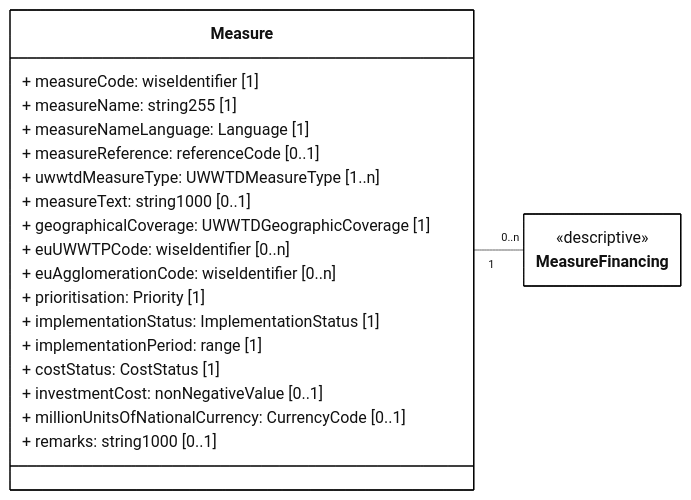
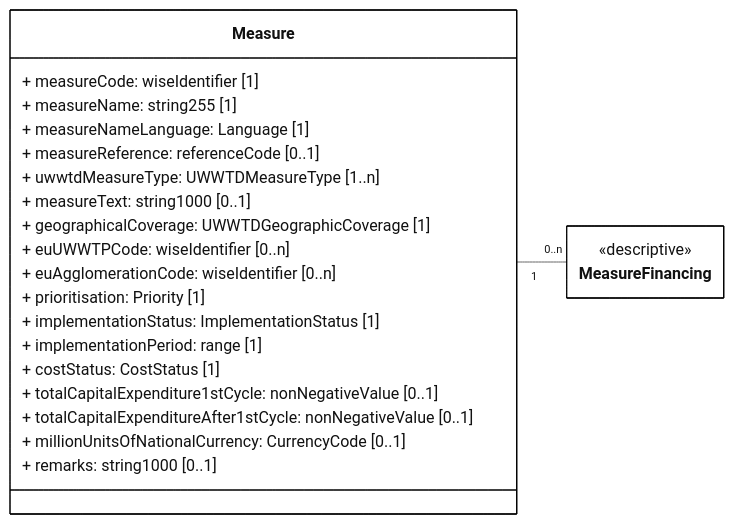
The diagram in docs/rUWWTD2024/Article23/mmd/Article23_Measure_ClassDiagram.mmd (eeadata/WISE.UWWTD.Documentation), drawn with Mermaid before and after one commit. The commit also changed 12 other files, not shown here.

First line of the commit message:
Report capital expenditure per cycle, aligned with the WFD

```diff
--- a/docs/rUWWTD2024/Article23/mmd/Article23_Measure_ClassDiagram.mmd
+++ b/docs/rUWWTD2024/Article23/mmd/Article23_Measure_ClassDiagram.mmd
@@ -1,36 +1,37 @@
 ---
 config:
   class:
     hideEmptyMembersBox: true
   layout: dagre
   theme: neutral
 ---
 classDiagram
 direction LR
 
 class Measure{
     + measureCode: wiseIdentifier [1]
     + measureName: string255 [1]
     + measureNameLanguage: Language [1]
     + measureReference: referenceCode [0..1]
     + uwwtdMeasureType: UWWTDMeasureType [1..n]
     + measureText: string1000 [0..1]
     + geographicalCoverage: UWWTDGeographicCoverage [1]
     + euUWWTPCode: wiseIdentifier [0..n]
     + euAgglomerationCode: wiseIdentifier [0..n]
     + prioritisation: Priority [1]
 
     + implementationStatus: ImplementationStatus [1]
     + implementationPeriod: range [1]
 
     + costStatus: CostStatus [1]
-    + investmentCost: nonNegativeValue [0..1]
+    + totalCapitalExpenditure1stCycle: nonNegativeValue [0..1]
+    + totalCapitalExpenditureAfter1stCycle: nonNegativeValue [0..1]
     + millionUnitsOfNationalCurrency: CurrencyCode [0..1]
     + remarks: string1000 [0..1]
 }
 class MeasureFinancing{<<descriptive>>}
 
 Measure "1" -- "0..n" MeasureFinancing
 
 classDef default fill:white,stroke:#000;
 classDef forFixing fill:white,stroke:#f00;
```
